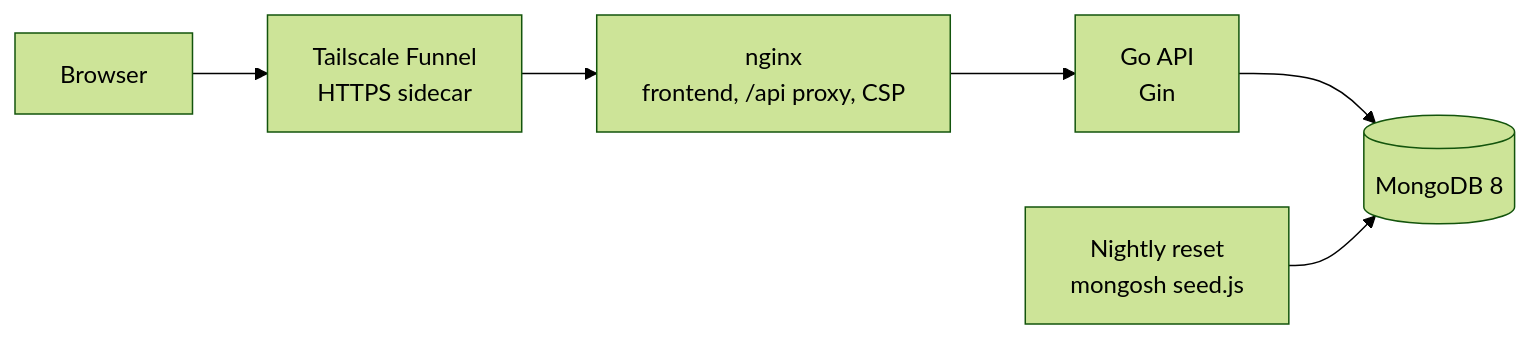
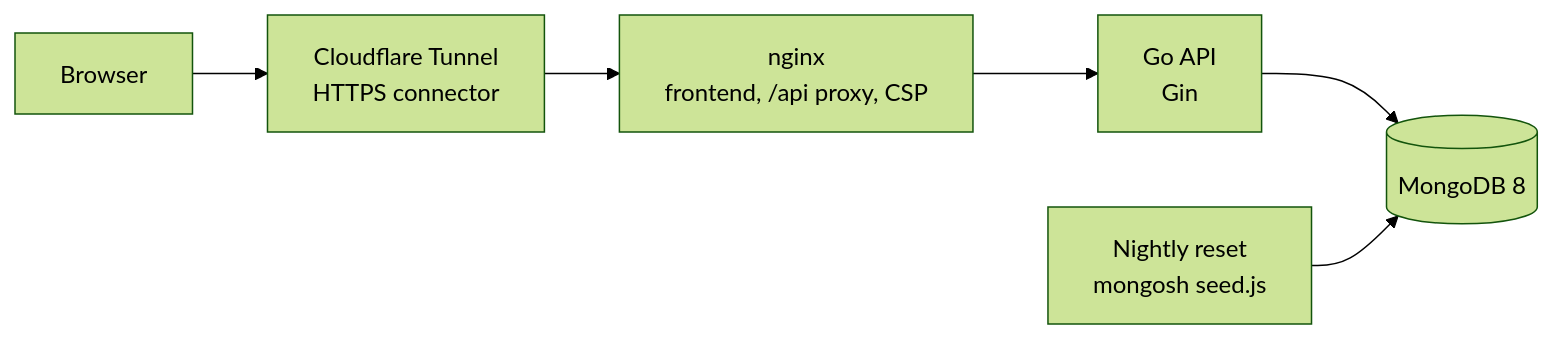
Before and after one commit to AkosKappel/wac: the first of 2 diagrams in README.md, drawn with Mermaid (forest theme). The commit also changed other lines of this file and 6 other files, not shown here.

Commit message:
Serve the live app at its akoskappel.dev subdomain through Cloudflare Tunnel

````diff
--- a/README.md
+++ b/README.md
@@ -26,8 +26,8 @@
 ```mermaid
 flowchart LR
-  browser[Browser] --> funnel[Tailscale Funnel<br/>HTTPS sidecar]
+  browser[Browser] --> funnel[Cloudflare Tunnel<br/>HTTPS connector]
   funnel --> nginx[nginx<br/>frontend, /api proxy, CSP]
   nginx --> api[Go API<br/>Gin]
   api --> mongo[(MongoDB 8)]
   reset[Nightly reset<br/>mongosh seed.js] --> mongo
 ```
````
